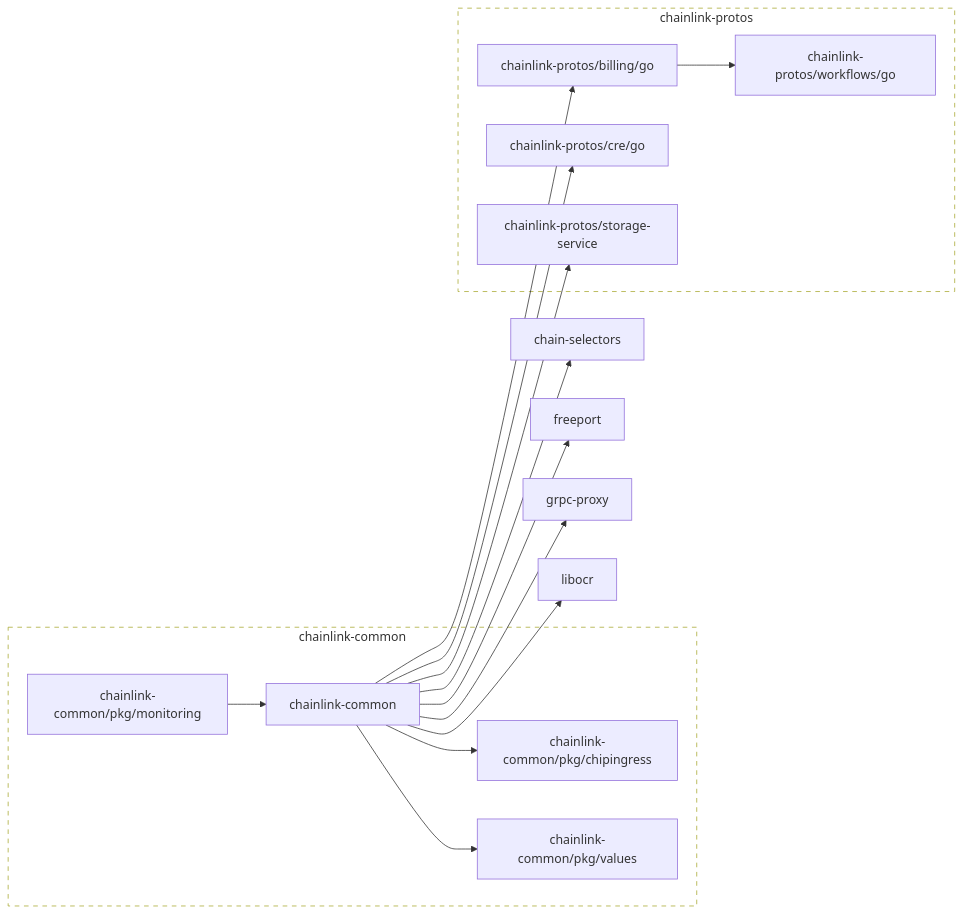
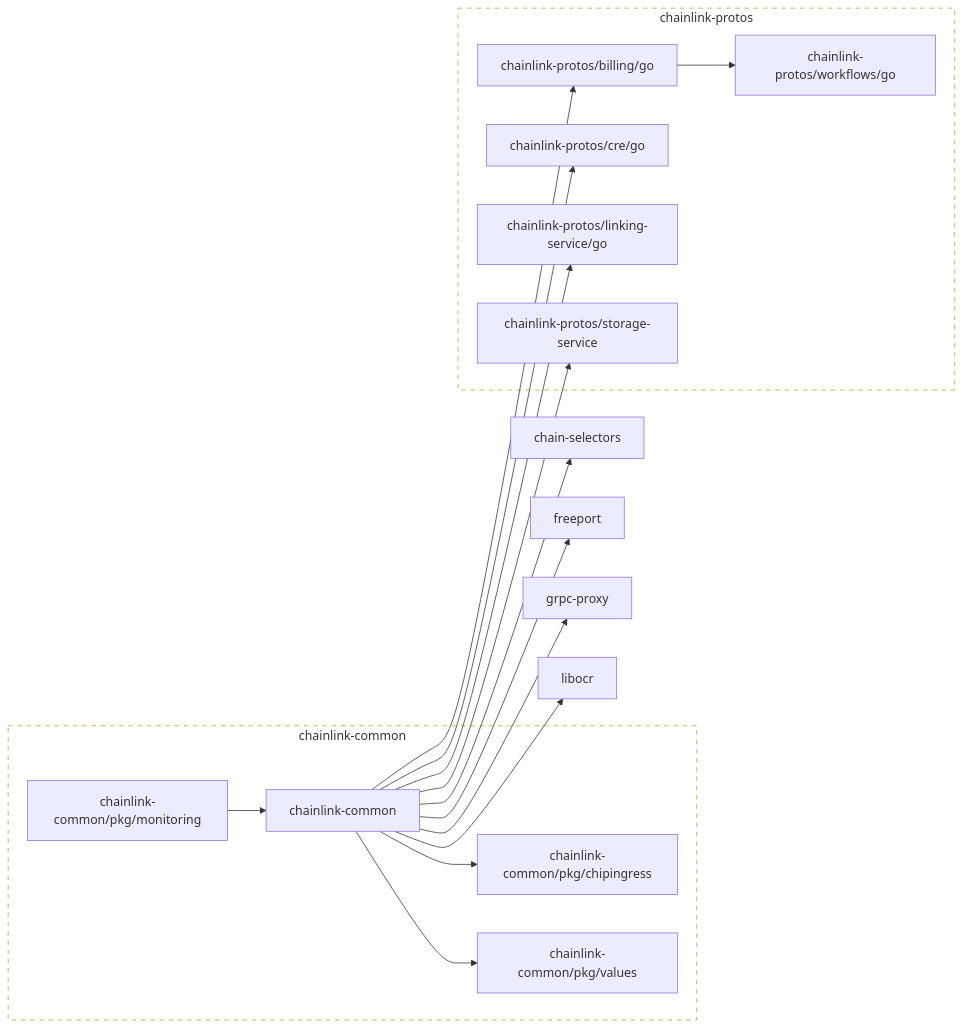
The diagram in go.md (smartcontractkit/chainlink-common), drawn with Mermaid before and after one commit. The commit also changed 6 other files, not shown here.

Commit message:
adding shared trigger and org resolver logic to chainlink-common

````diff
--- a/go.md
+++ b/go.md
@@ -2,55 +2,59 @@
 ```mermaid
 flowchart LR
 
 	chain-selectors
 	click chain-selectors href "https://github.com/smartcontractkit/chain-selectors"
 	chainlink-common --> chain-selectors
 	chainlink-common --> chainlink-common/pkg/chipingress
 	chainlink-common --> chainlink-common/pkg/values
 	chainlink-common --> chainlink-protos/billing/go
 	chainlink-common --> chainlink-protos/cre/go
+	chainlink-common --> chainlink-protos/linking-service/go
 	chainlink-common --> chainlink-protos/storage-service
 	chainlink-common --> freeport
 	chainlink-common --> grpc-proxy
 	chainlink-common --> libocr
 	click chainlink-common href "https://github.com/smartcontractkit/chainlink-common"
 	chainlink-common/pkg/chipingress
 	click chainlink-common/pkg/chipingress href "https://github.com/smartcontractkit/chainlink-common"
 	chainlink-common/pkg/monitoring --> chainlink-common
 	click chainlink-common/pkg/monitoring href "https://github.com/smartcontractkit/chainlink-common"
 	chainlink-common/pkg/values
 	click chainlink-common/pkg/values href "https://github.com/smartcontractkit/chainlink-common"
 	chainlink-protos/billing/go --> chainlink-protos/workflows/go
 	click chainlink-protos/billing/go href "https://github.com/smartcontractkit/chainlink-protos"
 	chainlink-protos/cre/go
 	click chainlink-protos/cre/go href "https://github.com/smartcontractkit/chainlink-protos"
+	chainlink-protos/linking-service/go
+	click chainlink-protos/linking-service/go href "https://github.com/smartcontractkit/chainlink-protos"
 	chainlink-protos/storage-service
 	click chainlink-protos/storage-service href "https://github.com/smartcontractkit/chainlink-protos"
 	chainlink-protos/workflows/go
 	click chainlink-protos/workflows/go href "https://github.com/smartcontractkit/chainlink-protos"
 	freeport
 	click freeport href "https://github.com/smartcontractkit/freeport"
 	grpc-proxy
 	click grpc-proxy href "https://github.com/smartcontractkit/grpc-proxy"
 	libocr
 	click libocr href "https://github.com/smartcontractkit/libocr"
 
 	subgraph chainlink-common-repo[chainlink-common]
 		 chainlink-common
 		 chainlink-common/pkg/chipingress
 		 chainlink-common/pkg/monitoring
 		 chainlink-common/pkg/values
 	end
 	click chainlink-common-repo href "https://github.com/smartcontractkit/chainlink-common"
 
 	subgraph chainlink-protos-repo[chainlink-protos]
 		 chainlink-protos/billing/go
 		 chainlink-protos/cre/go
+		 chainlink-protos/linking-service/go
 		 chainlink-protos/storage-service
 		 chainlink-protos/workflows/go
 	end
 	click chainlink-protos-repo href "https://github.com/smartcontractkit/chainlink-protos"
 
 	classDef outline stroke-dasharray:6,fill:none;
 	class chainlink-common-repo,chainlink-protos-repo outline
 ```
````
